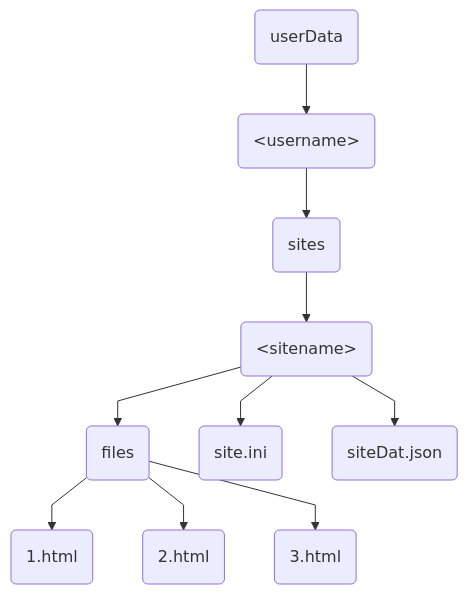
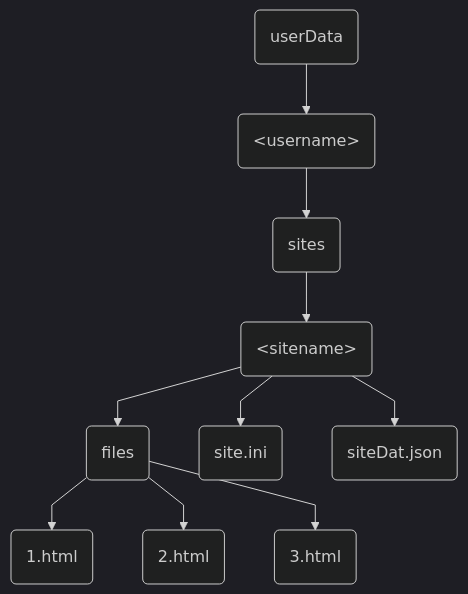
One commit to tomgxz/Kraken changed the third of 14 diagrams in README.md. Above: the diagram before and after it, drawn with Mermaid. The commit also changed other lines of this file, not shown here.

Commit message:
Mermaid Formatting

````diff
--- a/README.md
+++ b/README.md
@@ -409,6 +410,7 @@
 ```mermaid
-%%{initialize: {'flowchart': {'curve': 'linear'},'themeVariables':{'fontFamily':'Lexend,Noto Sans,Helvetica,Arial'}}}%%
+%%{init: {'theme':'dark', 'flowchart': {'curve': 'linear'},'themeVariables':{'fontFamily':'Lexend,Noto Sans,Helvetica,Arial'}}}%%
+
 graph TB
     a(userData):::large --> b("&lt;username&gt;") --> c(sites) --> d("&lt;sitename&gt;") --> e(files) & f(site.ini) & g(siteDat.json)
     e --> h(1.html) & i(2.html) & j(3.html)
 ```
````
